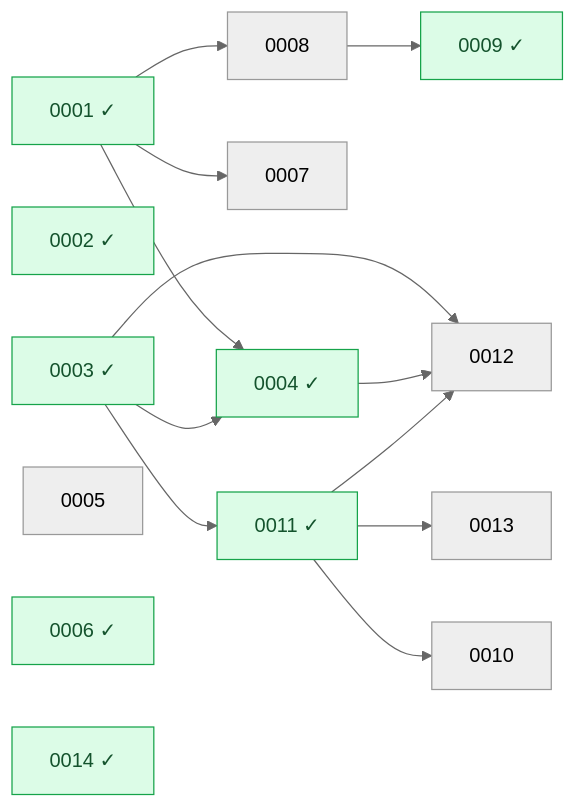
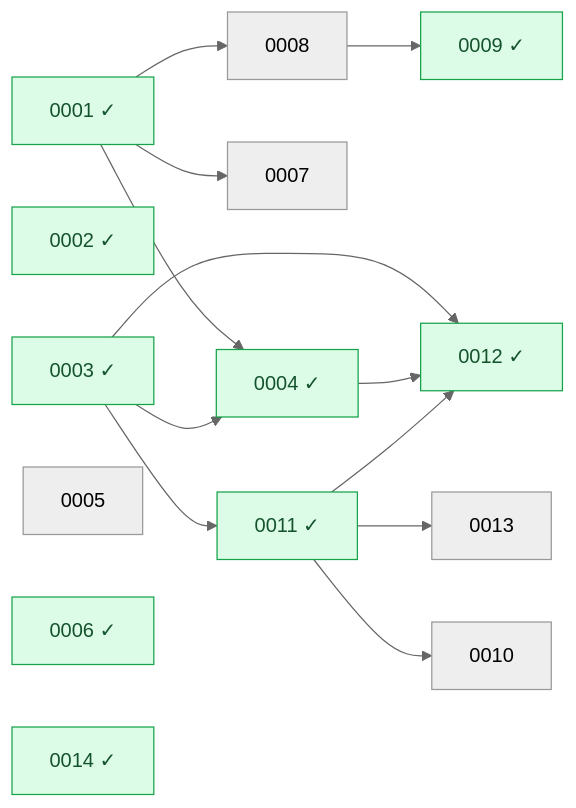
Before and after one commit to Heva-Co/piro: the diagram in docs/rfcs/README.md, drawn with Mermaid (neutral theme). The commit also changed other lines of this file and 1 other file, not shown here.

````diff
--- a/docs/rfcs/README.md
+++ b/docs/rfcs/README.md
@@ -38,37 +38,38 @@
 ```mermaid
 graph LR
   n0001["0001 ✓"]
   n0002["0002 ✓"]
   n0003["0003 ✓"]
   n0004["0004 ✓"]
   n0005["0005"]
   n0006["0006 ✓"]
   n0007["0007"]
   n0008["0008"]
   n0009["0009 ✓"]
   n0010["0010"]
   n0011["0011 ✓"]
-  n0012["0012"]
+  n0012["0012 ✓"]
   n0013["0013"]
   n0014["0014 ✓"]
   n0001 --> n0004
   n0003 --> n0004
   n0001 --> n0007
   n0001 --> n0008
   n0008 --> n0009
   n0011 --> n0010
   n0003 --> n0011
   n0003 --> n0012
   n0004 --> n0012
   n0011 --> n0012
   n0011 --> n0013
   classDef done fill:#dcfce7,stroke:#16a34a,color:#14532d;
   class n0001 done;
   class n0002 done;
   class n0003 done;
   class n0004 done;
   class n0006 done;
   class n0009 done;
   class n0011 done;
+  class n0012 done;
   class n0014 done;
 ```
````
